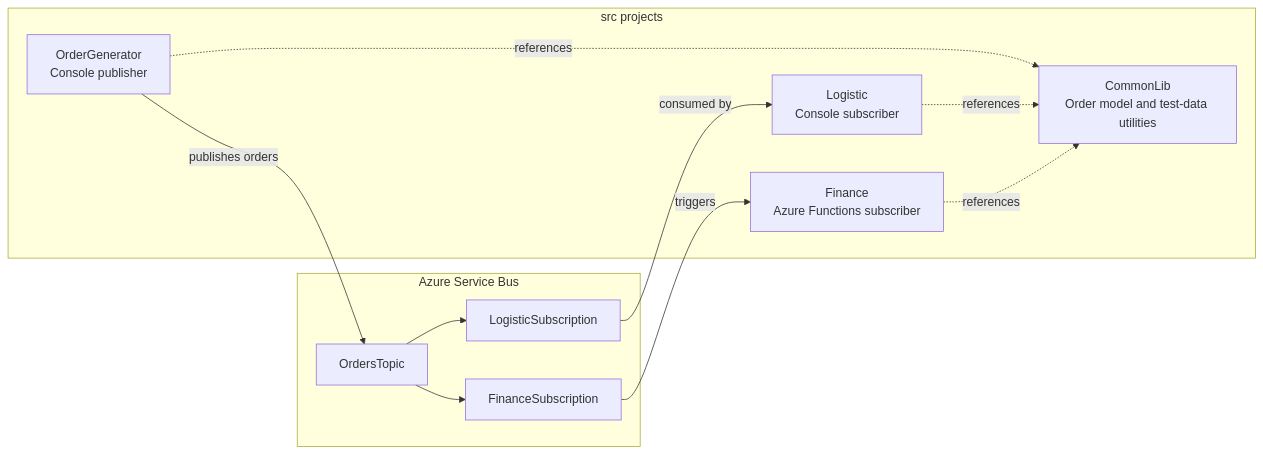
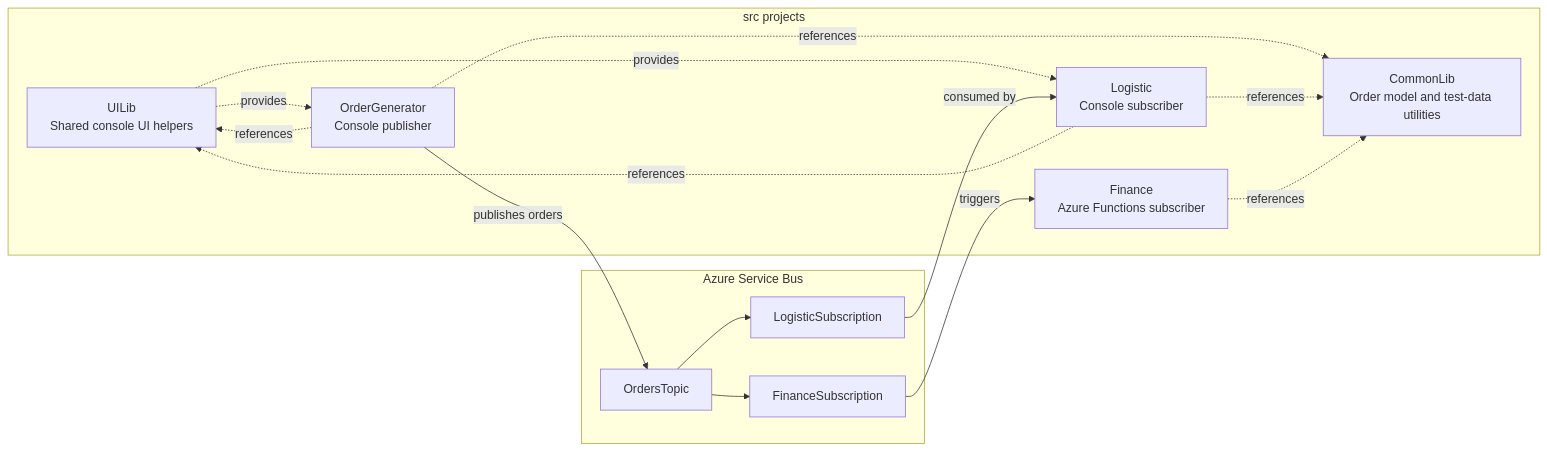
The diagram in src/README.md (massimobonanni/AzureServiceBusDemo), drawn with Mermaid before and after one commit. The commit also changed other lines of this file, not shown here.

Commit message:
Update README to clarify project structure and enhance UILib description

````diff
--- a/src/README.md
+++ b/src/README.md
@@ -8,24 +8,29 @@
 ```mermaid
 flowchart LR
     subgraph Projects["src projects"]
         CommonLib["CommonLib<br/>Order model and test-data utilities"]
+        UILib["UILib<br/>Shared console UI helpers"]
         OrderGenerator["OrderGenerator<br/>Console publisher"]
         Logistic["Logistic<br/>Console subscriber"]
         Finance["Finance<br/>Azure Functions subscriber"]
     end
 
     subgraph Azure["Azure Service Bus"]
         Topic["OrdersTopic"]
         LogisticSubscription["LogisticSubscription"]
         FinanceSubscription["FinanceSubscription"]
     end
 
     OrderGenerator -. references .-> CommonLib
     Logistic -. references .-> CommonLib
     Finance -. references .-> CommonLib
+    OrderGenerator -. references .-> UILib
+    Logistic -. references .-> UILib
+    UILib -. provides .-> OrderGenerator
+    UILib -. provides .-> Logistic
     OrderGenerator -- publishes orders --> Topic
     Topic --> LogisticSubscription
     Topic --> FinanceSubscription
     LogisticSubscription -- consumed by --> Logistic
     FinanceSubscription -- triggers --> Finance
 ```
````
